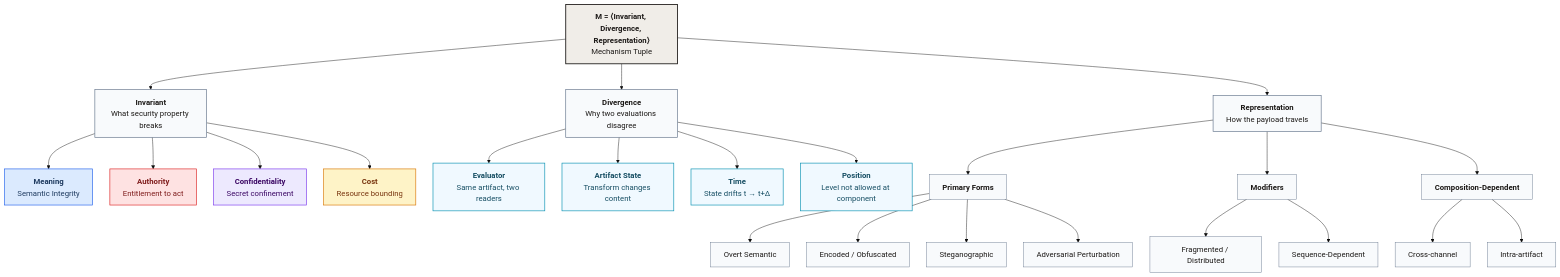
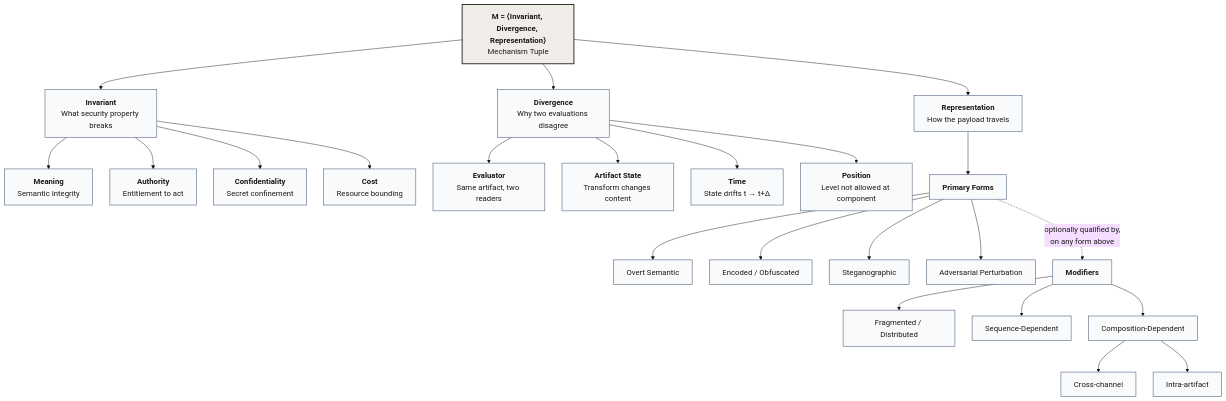
Before and after one commit to cosai-oasis/ws4-secure-design-agentic-systems: the second of 26 diagrams in whitepapers/modality_agnostic_taxonomy.md, drawn with Mermaid. The commit also changed other lines of this file, not shown here.

Commit message:
docs: align terminology, restructure Representation modifiers, revise sections 4-5, and label figures

````diff
--- a/whitepapers/modality_agnostic_taxonomy.md
+++ b/whitepapers/modality_agnostic_taxonomy.md
@@ -211,52 +208,41 @@
 ```mermaid
 %%{init: {"theme": "base", "flowchart": {"nodeSpacing": 40, "rankSpacing": 60, "htmlLabels": true}, "themeVariables": {"fontSize": "18px"}}}%%
 flowchart TD
     ROOT["<b>M = ⟨Invariant, Divergence, Representation⟩</b><br/>Mechanism Tuple"]
 
     ROOT --> INV["<b>Invariant</b><br/>What security property breaks"]
     ROOT --> DIV["<b>Divergence</b><br/>Why two evaluations disagree"]
     ROOT --> REP["<b>Representation</b><br/>How the payload travels"]
 
     INV --> ME["<b>Meaning</b><br/>Semantic Integrity"]
     INV --> AU["<b>Authority</b><br/>Entitlement to act"]
     INV --> CO["<b>Confidentiality</b><br/>Secret confinement"]
     INV --> CS["<b>Cost</b><br/>Resource bounding"]
 
     DIV --> EV["<b>Evaluator</b><br/>Same artifact, two readers"]
     DIV --> AS["<b>Artifact State</b><br/>Transform changes content"]
     DIV --> TI["<b>Time</b><br/>State drifts t → t+Δ"]
     DIV --> PO["<b>Position</b><br/>Level not allowed at component"]
 
     REP --> FORMS["<b>Primary Forms</b>"]
-    REP --> MODS["<b>Modifiers</b>"]
-    REP --> COMP["<b>Composition-Dependent</b>"]
 
     FORMS --> OS["Overt Semantic"]
     FORMS --> EO["Encoded / Obfuscated"]
     FORMS --> ST["Steganographic"]
     FORMS --> AP["Adversarial Perturbation"]
 
+    FORMS -. "optionally qualified by,<br/>on any form above" .-> MODS["<b>Modifiers</b>"]
+
     MODS --> FR["Fragmented / Distributed"]
     MODS --> SD["Sequence-Dependent"]
+    MODS --> COMP["Composition-Dependent"]
 
     COMP --> CC["Cross-channel"]
     COMP --> IA["Intra-artifact"]
 
     classDef root fill:#f0ede8,stroke:#1c1917,stroke-width:2px,color:#1c1917
     classDef branch fill:#f8fafc,stroke:#64748b,stroke-width:1.5px,color:#1c1917
-    classDef meaning fill:#dbeafe,stroke:#2563eb,stroke-width:1.5px,color:#1e3a5f
-    classDef authority fill:#fee2e2,stroke:#dc2626,stroke-width:1.5px,color:#7f1d1d
-    classDef confid fill:#ede9fe,stroke:#7c3aed,stroke-width:1.5px,color:#3b0764
-    classDef cost fill:#fef3c7,stroke:#d97706,stroke-width:1.5px,color:#78350f
-    classDef divergence fill:#f0f9ff,stroke:#0891b2,stroke-width:1.5px,color:#164e63
-    classDef rep fill:#f8fafc,stroke:#64748b,stroke-width:1px,color:#1c1917
 
     class ROOT root
-    class INV,DIV,REP branch
-    class ME meaning
-    class AU authority
-    class CO confid
-    class CS cost
-    class EV,AS,TI,PO divergence
-    class FORMS,MODS,COMP,OS,EO,ST,AP,FR,SD,CC,IA rep
+    class INV,DIV,REP,ME,AU,CO,CS,EV,AS,TI,PO,FORMS,MODS,COMP,OS,EO,ST,AP,FR,SD,CC,IA branch
 ```
````
